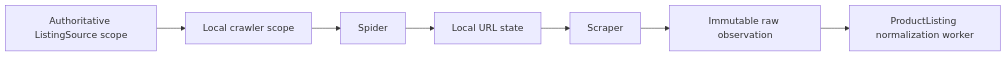
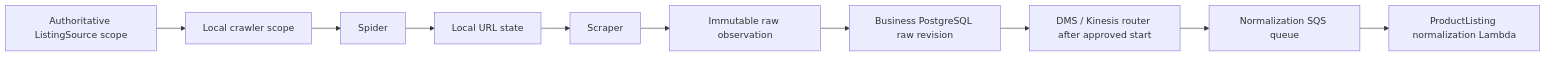
One commit to aura-historia/backend changed the diagram in docs/crawler/README.md. Above: the diagram before and after it, drawn with Mermaid. The commit also changed other lines of this file and 180 other files, not shown here.

Commit message:
epic(#1773): lambda runtimes and committed row cdc (#1845)

````diff
--- a/docs/crawler/README.md
+++ b/docs/crawler/README.md
@@ -9,9 +9,12 @@
 ```mermaid
 flowchart LR
     Source[Authoritative ListingSource scope] --> Sync[Local crawler scope]
     Sync --> Spider[Spider]
     Spider --> Urls[Local URL state]
     Urls --> Scraper[Scraper]
     Scraper --> Raw[Immutable raw observation]
-    Raw --> Normalizer[ProductListing normalization worker]
+    Raw --> Capture[Business PostgreSQL raw revision]
+    Capture --> CDC[DMS / Kinesis router after approved start]
+    CDC --> SQS[Normalization SQS queue]
+    SQS --> Normalizer[ProductListing normalization Lambda]
 ```
````
